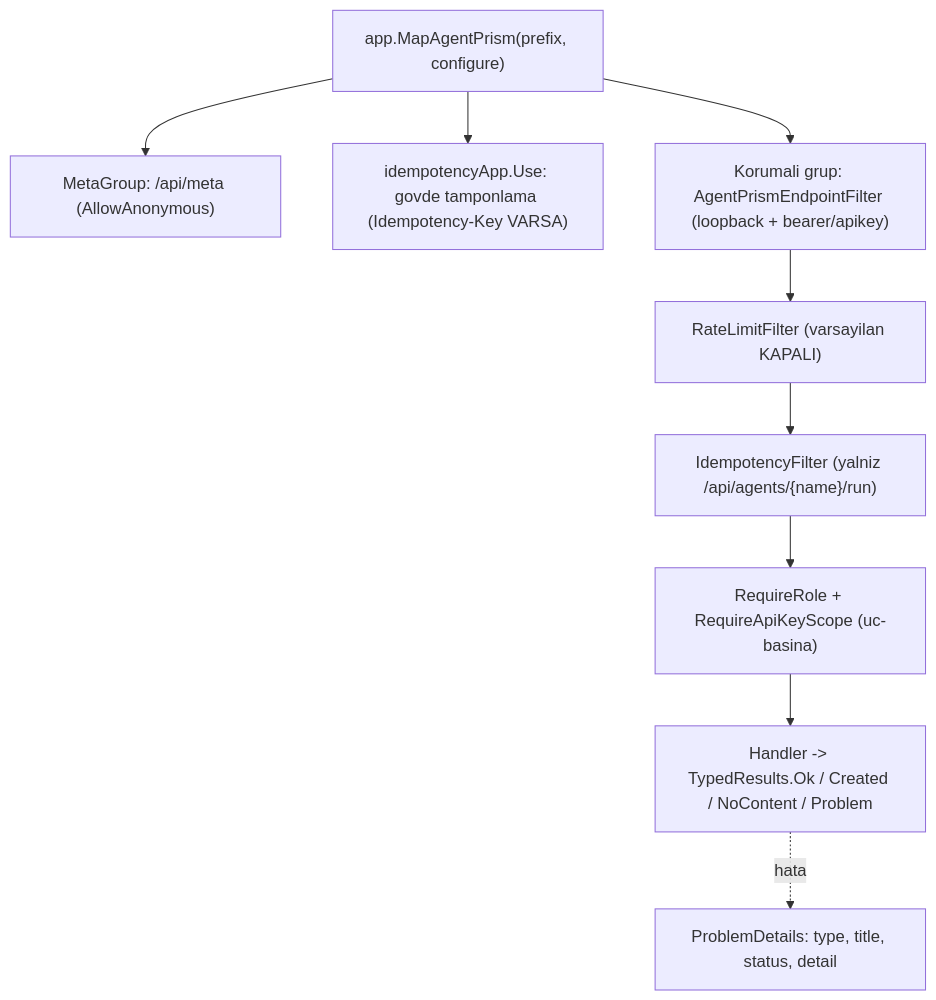
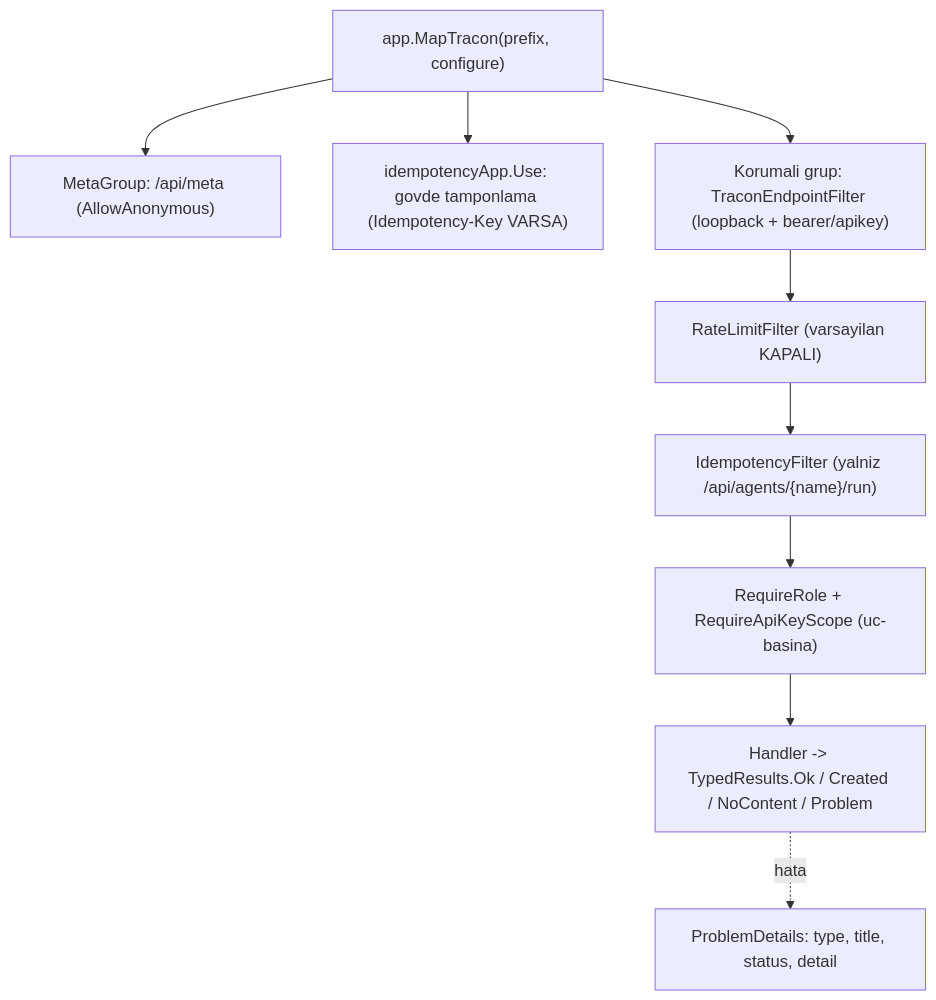
The diagram in docs/manuel-test/07-HTTP-YONETIM-API.md (farukatasoy/Tracon), drawn with Mermaid before and after one commit. The commit also changed other lines of this file and 4535 other files, not shown here.

````diff
--- a/docs/manuel-test/07-HTTP-YONETIM-API.md
+++ b/docs/manuel-test/07-HTTP-YONETIM-API.md
@@ -32,11 +32,11 @@
 ```mermaid
 flowchart TD
-    A["app.MapAgentPrism(prefix, configure)"] --> B["MetaGroup: /api/meta (AllowAnonymous)"]
+    A["app.MapTracon(prefix, configure)"] --> B["MetaGroup: /api/meta (AllowAnonymous)"]
     A --> C["idempotencyApp.Use: govde tamponlama (Idempotency-Key VARSA)"]
-    A --> D["Korumali grup: AgentPrismEndpointFilter (loopback + bearer/apikey)"]
+    A --> D["Korumali grup: TraconEndpointFilter (loopback + bearer/apikey)"]
     D --> E["RateLimitFilter (varsayilan KAPALI)"]
     E --> F["IdempotencyFilter (yalniz /api/agents/{name}/run)"]
     F --> G["RequireRole + RequireApiKeyScope (uc-basina)"]
     G --> H["Handler -> TypedResults.Ok / Created / NoContent / Problem"]
     H -.->|hata| I["ProblemDetails: type, title, status, detail"]
 ```
````
